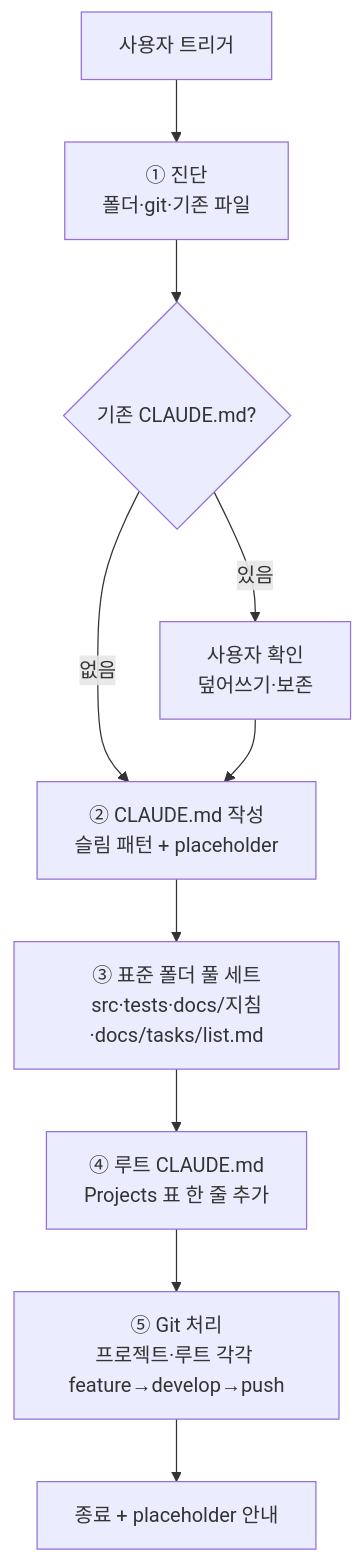
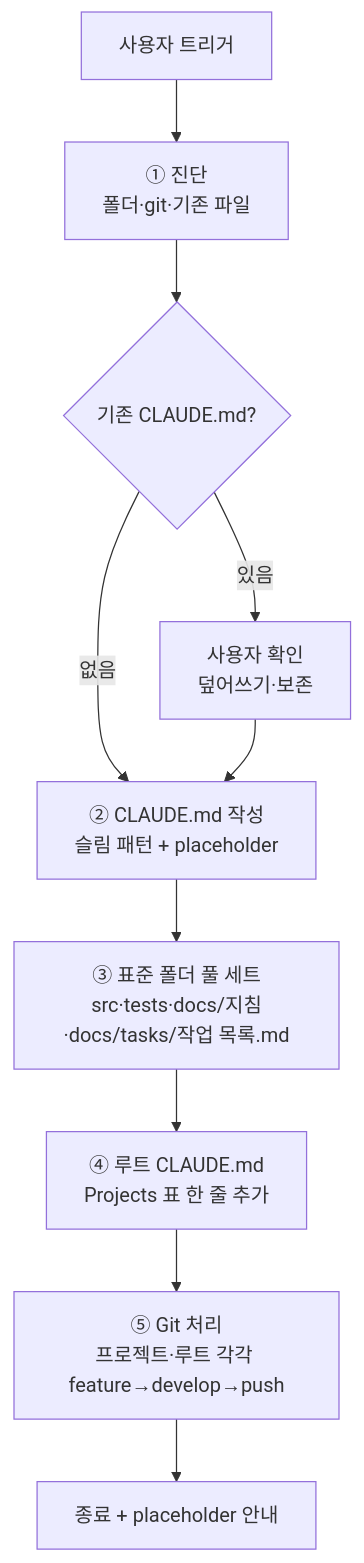
The diagram in docs/지침/일반/프로젝트 초기 세팅.md (eskim-todoc/claude), drawn with Mermaid before and after one commit. The commit also changed other lines of this file and 53 other files, not shown here.

First line of the commit message:
refactor(tasks): list.md → 작업 목록.md rename + cross-link 일괄 갱신 (Step 9 fixup)

````diff
--- a/docs/지침/일반/프로젝트 초기 세팅.md
+++ b/docs/지침/일반/프로젝트 초기 세팅.md
@@ -29,13 +29,13 @@
 ```mermaid
 flowchart TD
     A[사용자 트리거] --> B["① 진단<br/>폴더·git·기존 파일"]
     B --> C{기존 CLAUDE.md?}
     C -->|있음| C1[사용자 확인<br/>덮어쓰기·보존]
     C -->|없음| D
     C1 --> D
     D["② CLAUDE.md 작성<br/>슬림 패턴 + placeholder"]
-    D --> E["③ 표준 폴더 풀 세트<br/>src·tests·docs/지침·docs/tasks/list.md"]
+    D --> E["③ 표준 폴더 풀 세트<br/>src·tests·docs/지침·docs/tasks/작업 목록.md"]
     E --> F["④ 루트 CLAUDE.md<br/>Projects 표 한 줄 추가"]
     F --> G["⑤ Git 처리<br/>프로젝트·루트 각각 feature→develop→push"]
     G --> H[종료 + placeholder 안내]
 ```
````
